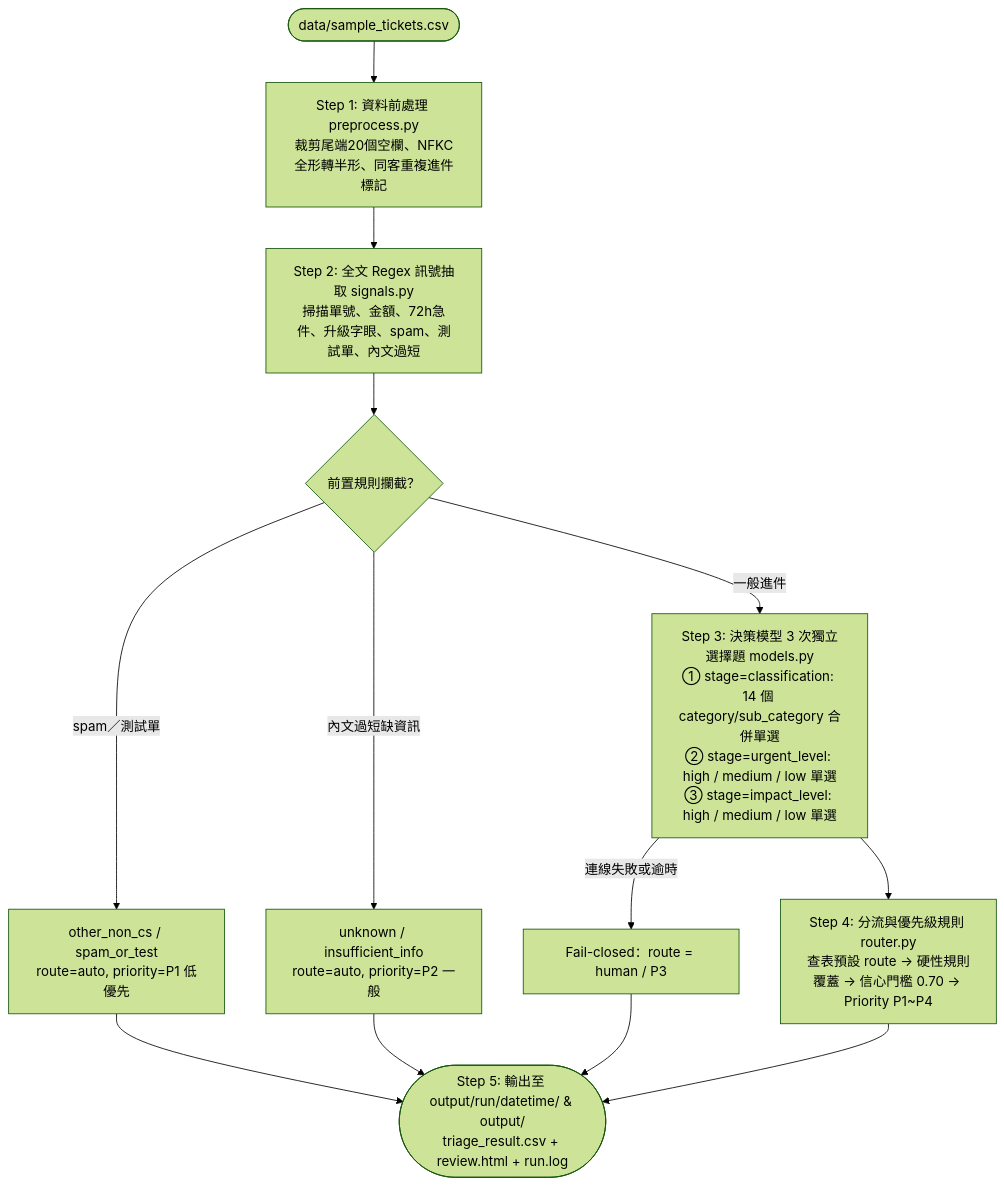
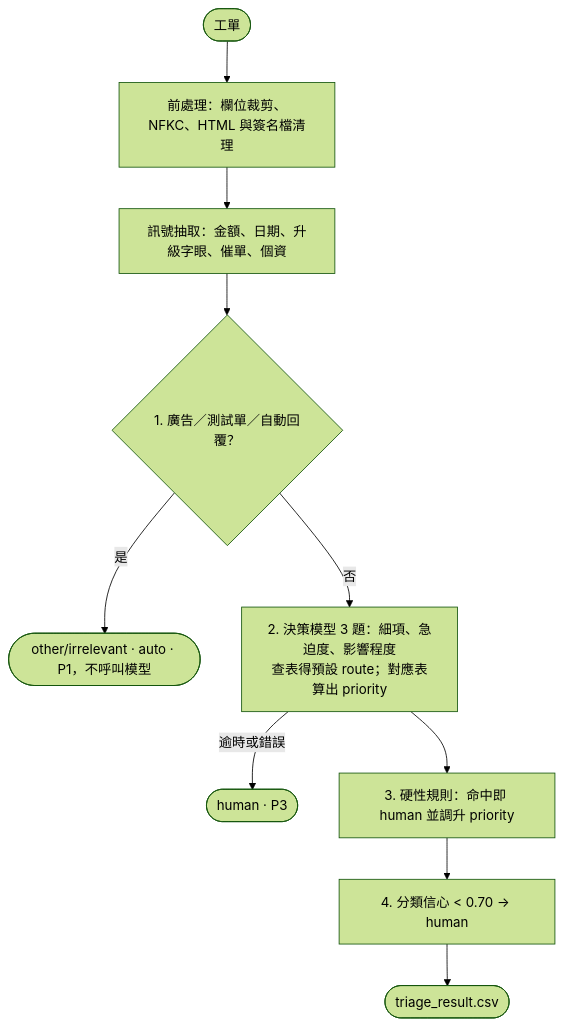
The diagram in poc/README.md (tarohuang1999-droid/ai-customer-service-assessment), drawn with Mermaid (forest theme) before and after one commit. The commit also changed other lines of this file, not shown here.

````diff
--- a/poc/README.md
+++ b/poc/README.md
@@ -52,15 +77,12 @@
 ```mermaid
 flowchart TD
-    In([data/sample_tickets.csv]) --> S1[Step 1: 資料前處理 preprocess.py<br>裁剪尾端20個空欄、NFKC全形轉半形、同客重複進件標記]
-    S1 --> S2[Step 2: 全文 Regex 訊號抽取 signals.py<br>掃描單號、金額、72h急件、升級字眼、spam、測試單、內文過短]
-    S2 --> Pre{前置規則攔截？}
-    Pre -->|spam／測試單| Spam[other_non_cs / spam_or_test<br>route=auto, priority=P1 低優先]
-    Pre -->|內文過短缺資訊| Unknown[unknown / insufficient_info<br>route=auto, priority=P2 一般]
-    Pre -->|一般進件| S3[Step 3: 決策模型 3 次獨立選擇題 models.py<br>① stage=classification: 14 個 category/sub_category 合併單選<br>② stage=urgent_level: high / medium / low 單選<br>③ stage=impact_level: high / medium / low 單選]
-    S3 -->|連線失敗或逾時| Fallback[Fail-closed：route = human / P3]
-    S3 --> S4[Step 4: 分流與優先級規則 router.py<br>查表預設 route -> 硬性規則覆蓋 -> 信心門檻 0.70 -> Priority P1~P4]
-    Spam --> S5([Step 5: 輸出至 output/run/datetime/ & output/<br>triage_result.csv + review.html + run.log])
-    Unknown --> S5
-    Fallback --> S5
-    S4 --> S5
+    In([工單]) --> Pre[前處理：欄位裁剪、NFKC、HTML 與簽名檔清理]
+    Pre --> Sig[訊號抽取：金額、日期、升級字眼、催單、個資]
+    Sig --> S1{1. 廣告／測試單／自動回覆？}
+    S1 -->|是| Arc([other/irrelevant · auto · P1，不呼叫模型])
+    S1 -->|否| S2[2. 決策模型 3 題：細項、急迫度、影響程度<br>查表得預設 route；對應表算出 priority]
+    S2 -->|逾時或錯誤| Fail([human · P3])
+    S2 --> S3[3. 硬性規則：命中即 human 並調升 priority]
+    S3 --> S4[4. 分類信心 < 0.70 → human]
+    S4 --> Out([triage_result.csv])
 ```
````
